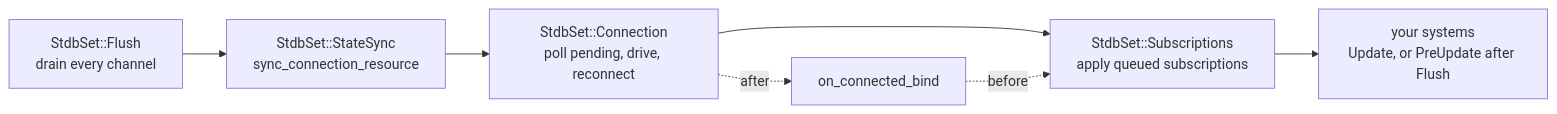
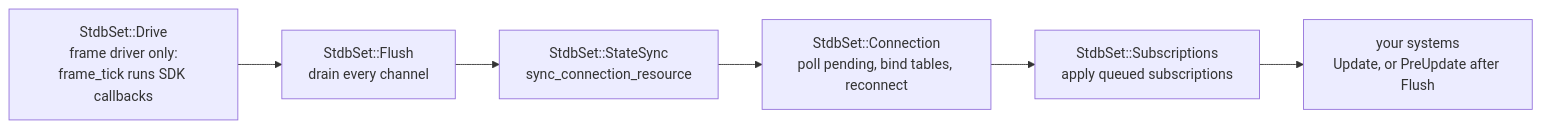
One commit to onx2/bevy_stdb changed the fifth of 7 diagrams in docs/architecture.md. Above: the diagram before and after it, drawn with Mermaid. The commit also changed other lines of this file and 1 other file, not shown here.

````diff
--- a/docs/architecture.md
+++ b/docs/architecture.md
@@ -172,14 +172,11 @@
 ```mermaid
 flowchart LR
+    drive["StdbSet::Drive<br/>frame driver only:<br/>frame_tick runs SDK callbacks"]
     flush["StdbSet::Flush<br/>drain every channel"]
     state["StdbSet::StateSync<br/>sync_connection_resource"]
-    conn["StdbSet::Connection<br/>poll pending, drive, reconnect"]
+    conn["StdbSet::Connection<br/>poll pending, bind tables, reconnect"]
     subs["StdbSet::Subscriptions<br/>apply queued subscriptions"]
     user["your systems<br/>Update, or PreUpdate after Flush"]
 
-    flush --> state --> conn --> subs --> user
-
-    bind["on_connected_bind"]
-    conn -. "after" .-> bind
-    bind -. "before" .-> subs
+    drive --> flush --> state --> conn --> subs --> user
 ```
````
